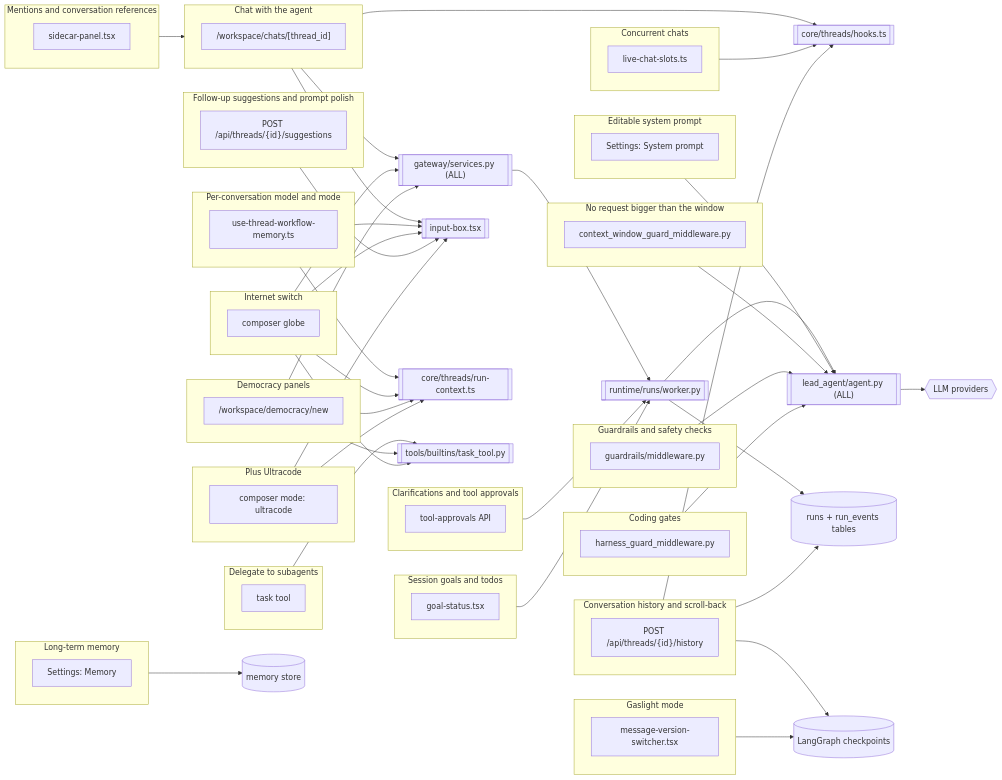
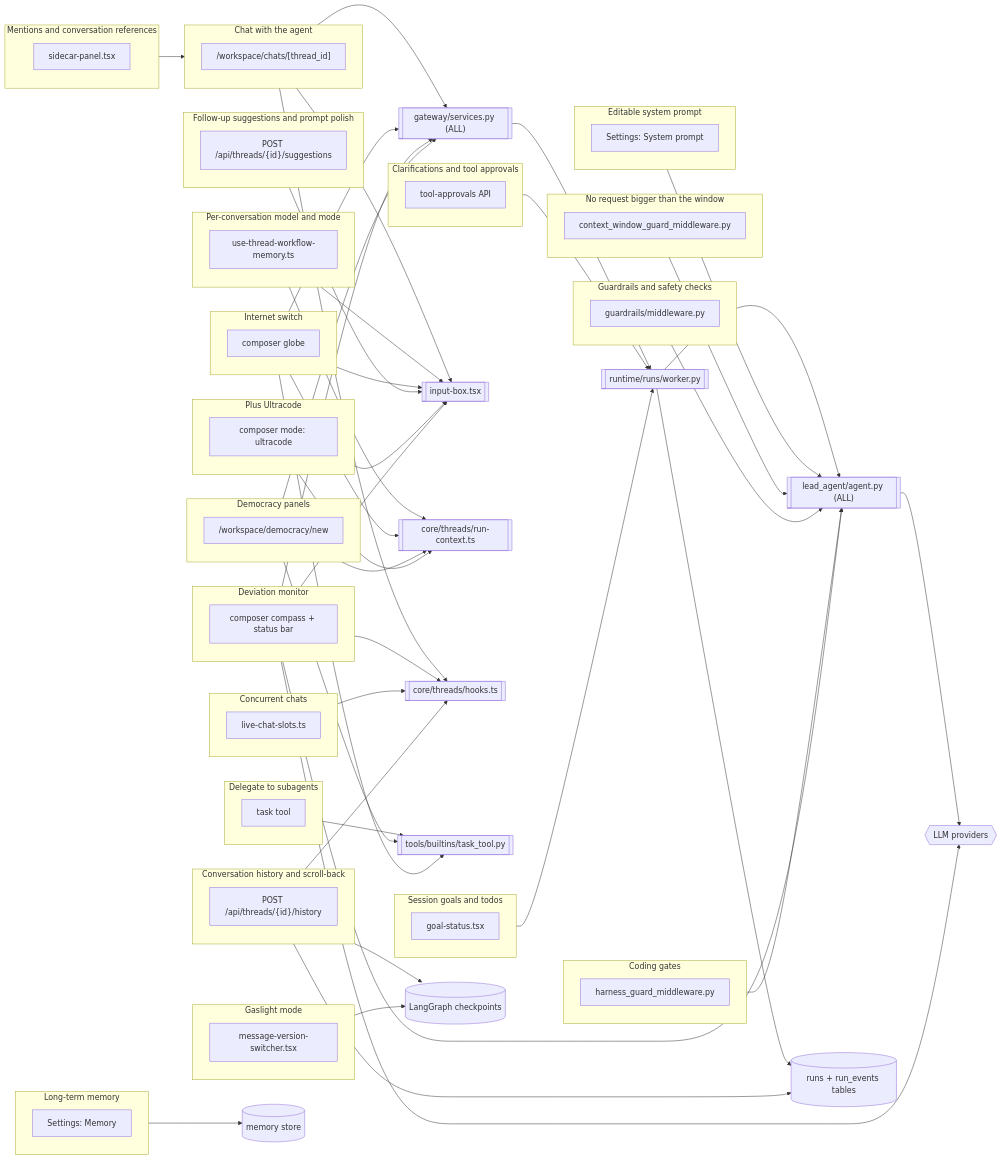
One commit to ivan-skvorc/AI-at-home changed the diagram in docs/repo-map/chat-and-agent.md. Above: the diagram before and after it, drawn with Mermaid. The commit also changed other lines of this file and 84 other files, not shown here.

First line of the commit message:
feat(deviation-monitor): a second model keeps the run on the request; README updated only when warranted (#173)

```diff
--- a/docs/repo-map/chat-and-agent.md
+++ b/docs/repo-map/chat-and-agent.md
@@ -56,6 +56,9 @@
   subgraph gates [Coding gates]
     harnessGuard["harness_guard_middleware.py"]
   end
+  subgraph devmon [Deviation monitor]
+    devmonButton["composer compass + status bar"]
+  end
   inputBox[["input-box.tsx"]]
   runContext[["core/threads/run-context.ts"]]
   threadsHooks[["core/threads/hooks.ts"]]
@@ -72,15 +75,18 @@
   net --> inputBox
   sugg --> inputBox
   ultra --> inputBox
+  devmon --> inputBox
   mode --> runContext
   net --> runContext
   demo --> runContext
   ultra --> runContext
   chat --> threadsHooks
+  devmon --> threadsHooks
   conc --> threadsHooks
   hist --> threadsHooks
   chat --> servicesPy
   net --> servicesPy
+  devmon --> servicesPy
   demo --> servicesPy
   servicesPy --> worker
   worker --> leadAgent
@@ -97,6 +103,8 @@
   win --> leadAgent
   guardrails --> leadAgent
   gates --> leadAgent
+  devmon --> leadAgent
+  devmon --> llm
   hitl --> worker
   goal --> worker
   refs --> chat
```
